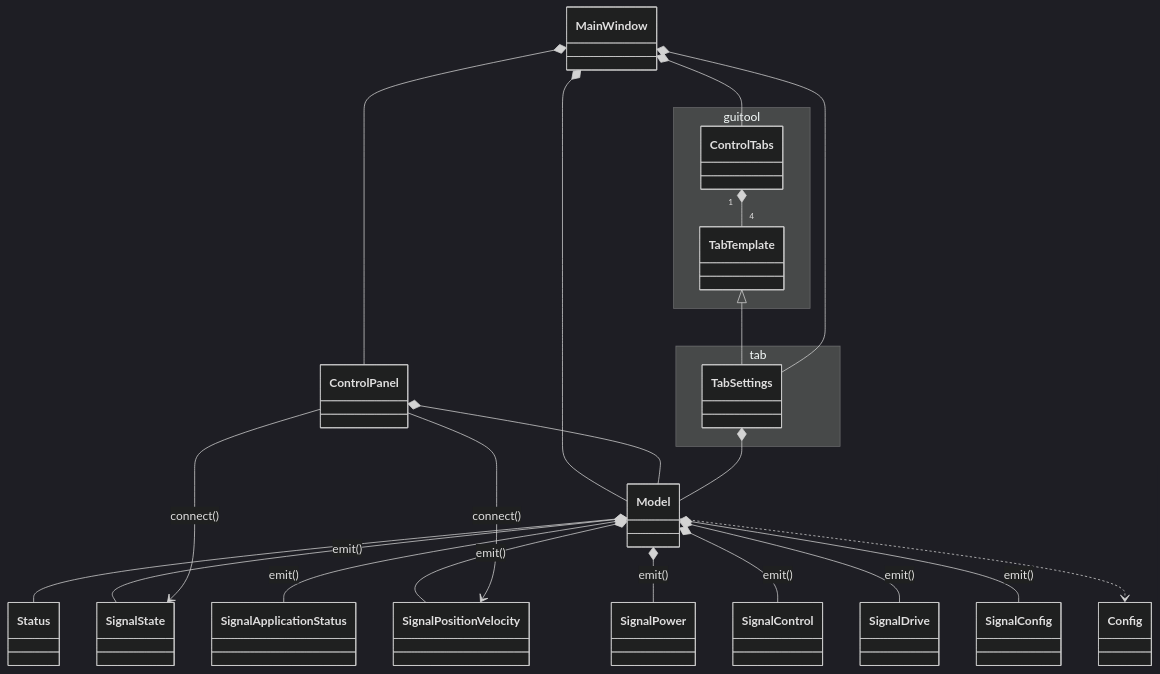
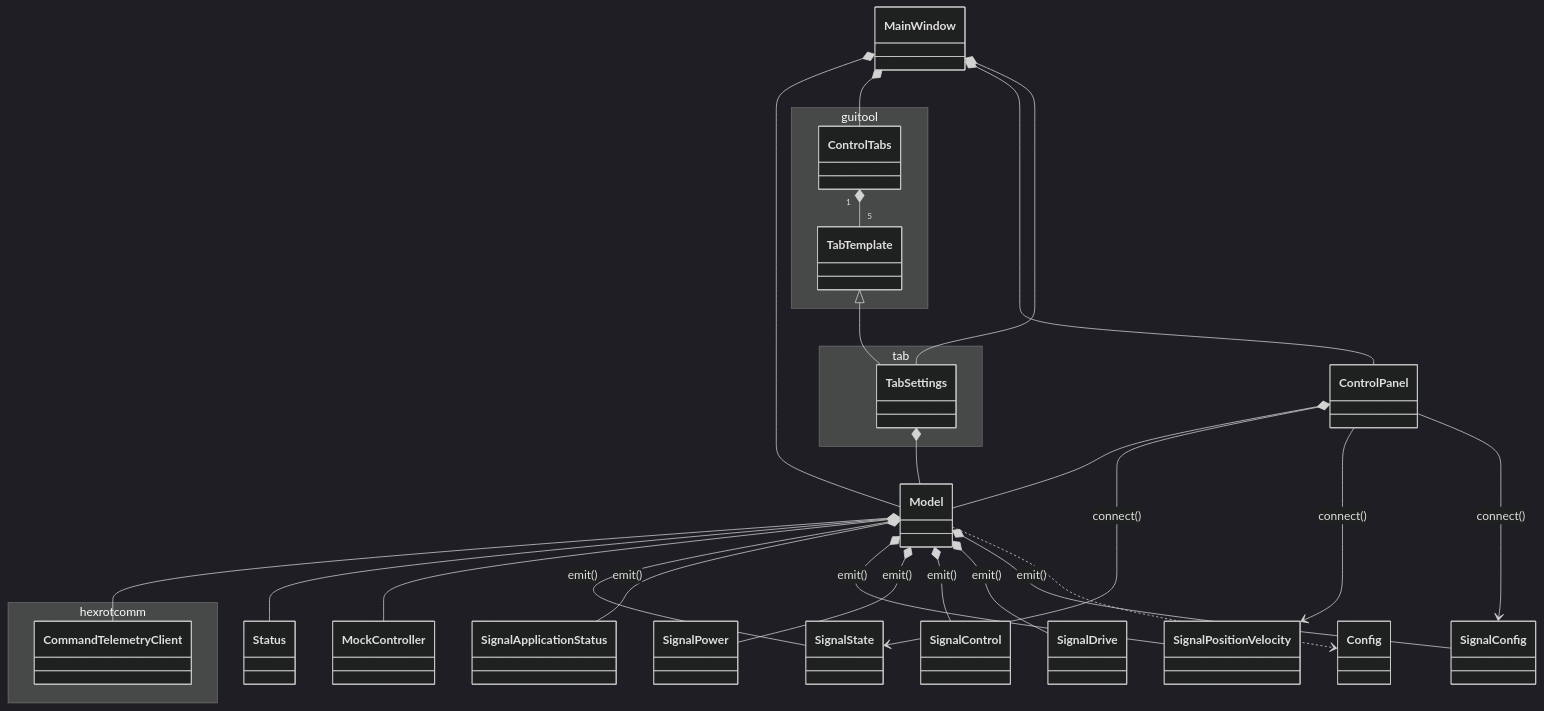
One commit to lsst-ts/ts_rotgui changed the diagram in doc/uml/class_rotgui.mmd. Above: the diagram before and after it, drawn with Mermaid (dark theme). The commit also changed 5 other files, not shown here.

```diff
--- a/doc/uml/class_rotgui.mmd
+++ b/doc/uml/class_rotgui.mmd
@@ -1,35 +1,42 @@
 classDiagram
+
+namespace hexrotcomm {
+  class CommandTelemetryClient
+}
 
 namespace guitool {
   class ControlTabs
   class TabTemplate
 }
 
 namespace tab {
   class TabSettings
 }
 
 TabTemplate <|-- TabSettings
 
 MainWindow *-- Model
 MainWindow *-- ControlTabs
 MainWindow *-- ControlPanel
 MainWindow *-- TabSettings
 
+Model *-- CommandTelemetryClient
 Model *-- Status
+Model *-- MockController
 Model *-- SignalState : emit()
 Model *-- SignalApplicationStatus : emit()
 Model *-- SignalPositionVelocity : emit()
 Model *-- SignalPower : emit()
 Model *-- SignalControl : emit()
 Model *-- SignalDrive : emit()
 Model *-- SignalConfig : emit()
 Model ..> Config
 
 ControlPanel *-- Model
 ControlPanel --> SignalState : connect()
 ControlPanel --> SignalPositionVelocity : connect()
+ControlPanel --> SignalConfig : connect()
 
 TabSettings *-- Model
 
-ControlTabs "1" *-- "4" TabTemplate
+ControlTabs "1" *-- "5" TabTemplate
```
